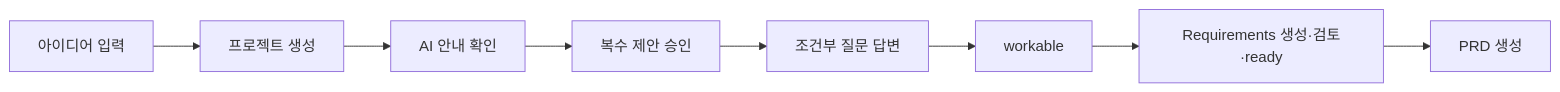
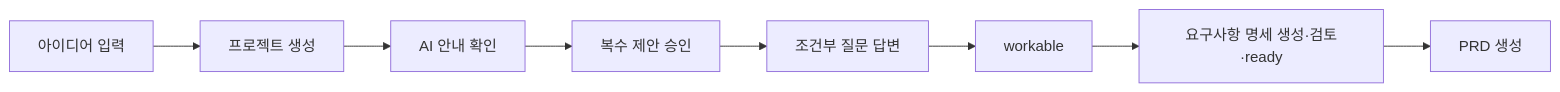
One commit to donghyunlee-dev/ai-agent-blueprint changed the diagram in docs/process/07-process-test-spec.md. Above: the diagram before and after it, drawn with Mermaid. The commit also changed other lines of this file and 37 other files, not shown here.

````diff
--- a/docs/process/07-process-test-spec.md
+++ b/docs/process/07-process-test-spec.md
@@ -20,10 +20,10 @@
 ```mermaid
 flowchart LR
     A[아이디어 입력] --> B[프로젝트 생성]
     B --> C[AI 안내 확인]
     C --> D[복수 제안 승인]
     D --> E[조건부 질문 답변]
     E --> F[workable]
-    F --> G[Requirements 생성·검토·ready]
+    F --> G[요구사항 명세 생성·검토·ready]
     G --> H[PRD 생성]
 ```
````
